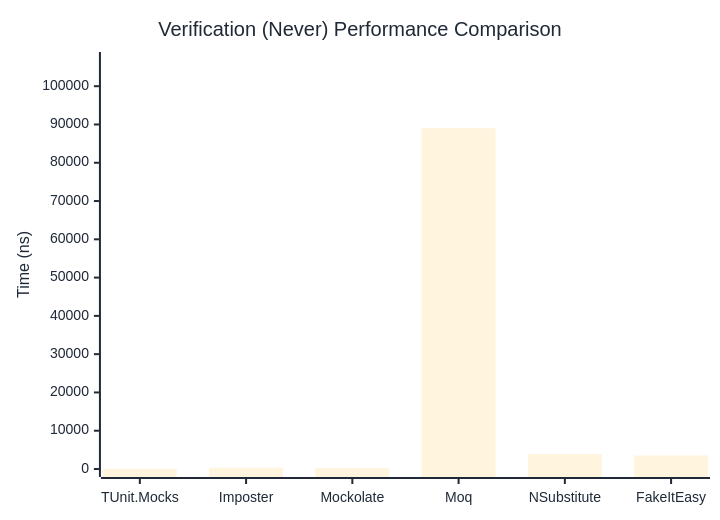
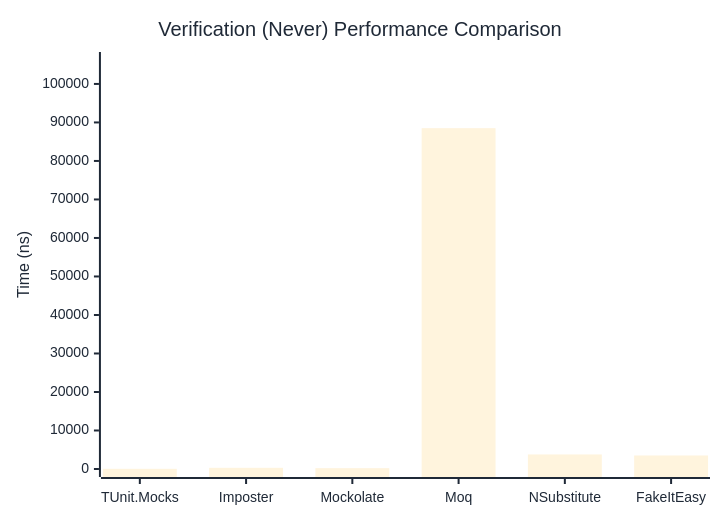
One commit to thomhurst/TUnit changed the second of 3 diagrams in docs/docs/benchmarks/mocks/Verification.md. Above: the diagram before and after it, drawn with Mermaid. The commit also changed other lines of this file and 14 other files, not shown here.

````diff
--- a/docs/docs/benchmarks/mocks/Verification.md
+++ b/docs/docs/benchmarks/mocks/Verification.md
@@ -71,27 +71,27 @@
 ```mermaid
 %%{init: {
   'theme':'base',
   'themeVariables': {
     'primaryColor': '#2563eb',
     'primaryTextColor': '#1f2937',
     'primaryBorderColor': '#1e40af',
     'lineColor': '#6b7280',
     'secondaryColor': '#7c3aed',
     'tertiaryColor': '#dc2626',
     'background': '#ffffff',
     'pie1': '#2563eb',
     'pie2': '#7c3aed',
     'pie3': '#dc2626',
     'pie4': '#f59e0b',
     'pie5': '#10b981',
     'pie6': '#06b6d4',
     'pie7': '#ec4899',
     'pie8': '#6366f1'
   }
 }}%%
 xychart-beta
   title "Verification (Never) Performance Comparison"
   x-axis ["TUnit.Mocks", "Imposter", "Mockolate", "Moq", "NSubstitute", "FakeItEasy"]
-  y-axis "Time (ns)" 0 --> 106844
-  bar [52.01, 329.03, 226.83, 89036.49, 3898.84, 3545.79]
+  y-axis "Time (ns)" 0 --> 106216
+  bar [49.56, 303.04, 221.54, 88512.84, 3776.71, 3512.67]
 ```
````
